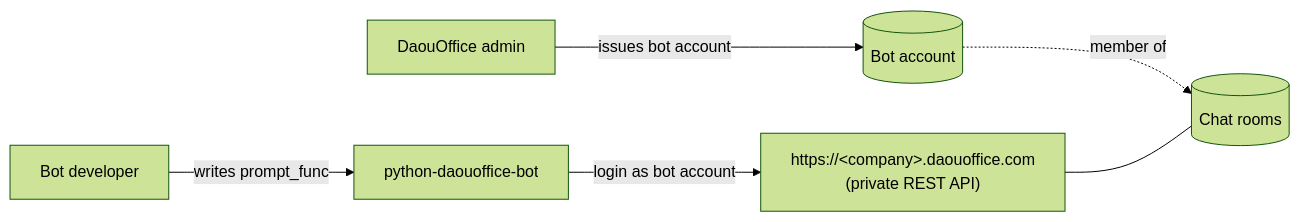
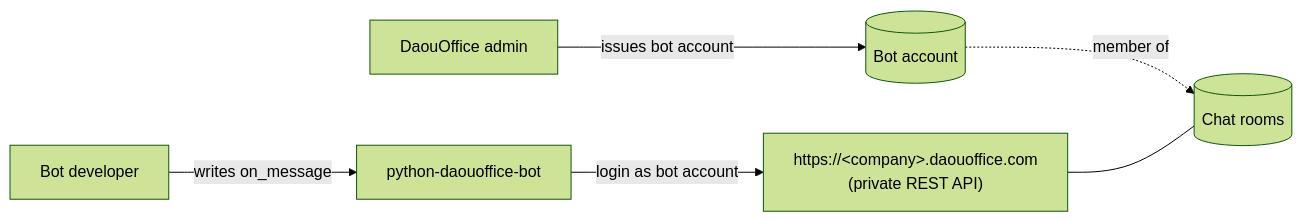
One commit to junsik/python-daouoffice-bot changed the first of 5 diagrams in docs/ARCHITECTURE.md. Above: the diagram before and after it, drawn with Mermaid (forest theme). The commit also changed other lines of this file and 13 other files, not shown here.

First line of the commit message:
Rename prompt_func → on_message; make examples explicit/readable

````diff
--- a/docs/ARCHITECTURE.md
+++ b/docs/ARCHITECTURE.md
@@ -14,8 +14,8 @@
 ```mermaid
 flowchart LR
-    dev[Bot developer] -->|writes prompt_func| sdk[python-daouoffice-bot]
+    dev[Bot developer] -->|writes on_message| sdk[python-daouoffice-bot]
     admin[DaouOffice admin] -->|issues bot account| acct[(Bot account)]
     sdk -->|login as bot account| tenant["https://&lt;company&gt;.daouoffice.com<br/>(private REST API)"]
     acct -. member of .-> rooms[(Chat rooms)]
     tenant --- rooms
 ```
````
